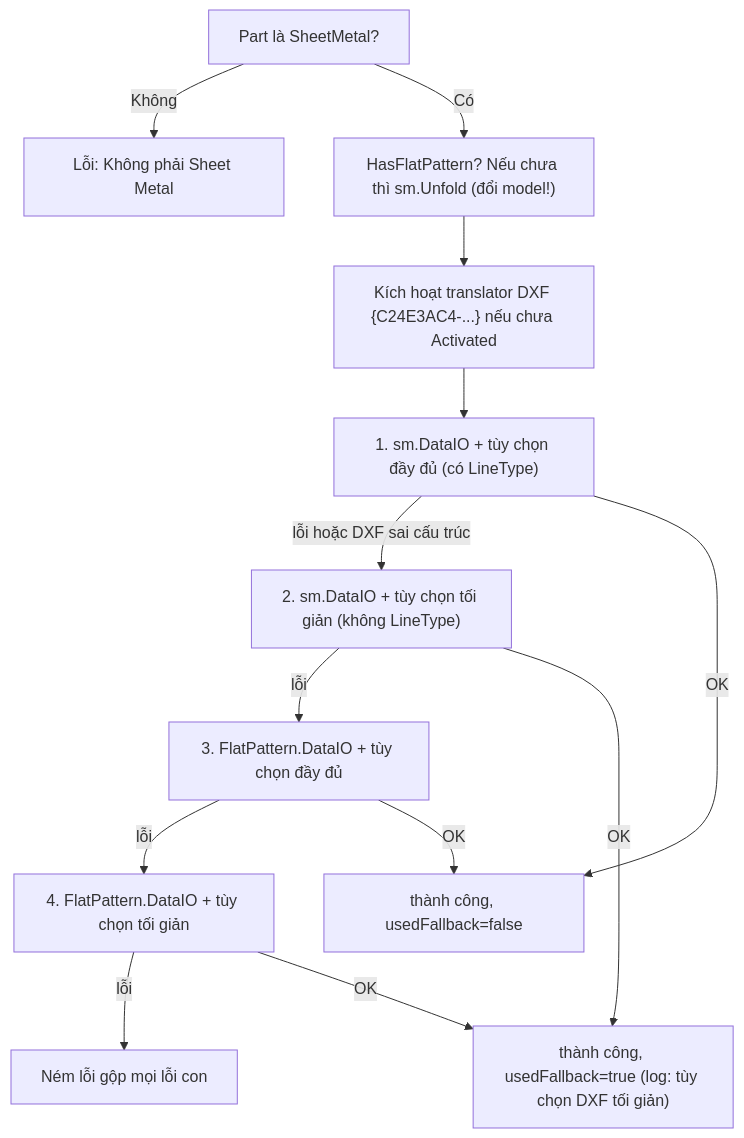
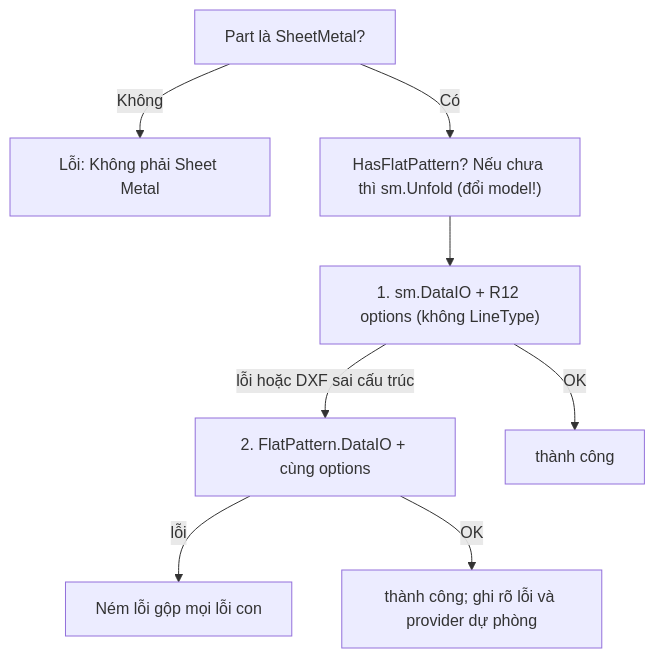
Before and after one commit to PiDiDii/DXF-Exporter-Pro: the fifth of 8 diagrams in ARCHITECTURE.md, drawn with Mermaid. The commit also changed other lines of this file and 51 other files, not shown here.

````diff
--- a/ARCHITECTURE.md
+++ b/ARCHITECTURE.md
@@ -167,15 +171,10 @@
 ```mermaid
 flowchart TD
     A["Part là SheetMetal?"] -- Không --> E0["Lỗi: Không phải Sheet Metal"]
     A -- Có --> B["HasFlatPattern? Nếu chưa thì sm.Unfold (đổi model!)"]
-    B --> C["Kích hoạt translator DXF {C24E3AC4-...} nếu chưa Activated"]
-    C --> T1["1. sm.DataIO + tùy chọn đầy đủ (có LineType)"]
-    T1 -- "lỗi hoặc DXF sai cấu trúc" --> T2["2. sm.DataIO + tùy chọn tối giản (không LineType)"]
-    T2 -- lỗi --> T3["3. FlatPattern.DataIO + tùy chọn đầy đủ"]
-    T3 -- lỗi --> T4["4. FlatPattern.DataIO + tùy chọn tối giản"]
-    T4 -- lỗi --> E["Ném lỗi gộp mọi lỗi con"]
-    T1 -- OK --> OK1["thành công, usedFallback=false"]
-    T2 -- OK --> OK2["thành công, usedFallback=true (log: tùy chọn DXF tối giản)"]
-    T3 -- OK --> OK1
-    T4 -- OK --> OK2
+    B --> T1["1. sm.DataIO + R12 options (không LineType)"]
+    T1 -- "lỗi hoặc DXF sai cấu trúc" --> T2["2. FlatPattern.DataIO + cùng options"]
+    T2 -- lỗi --> E["Ném lỗi gộp mọi lỗi con"]
+    T1 -- OK --> OK1["thành công"]
+    T2 -- OK --> OK2["thành công; ghi rõ lỗi và provider dự phòng"]
 ```
````
